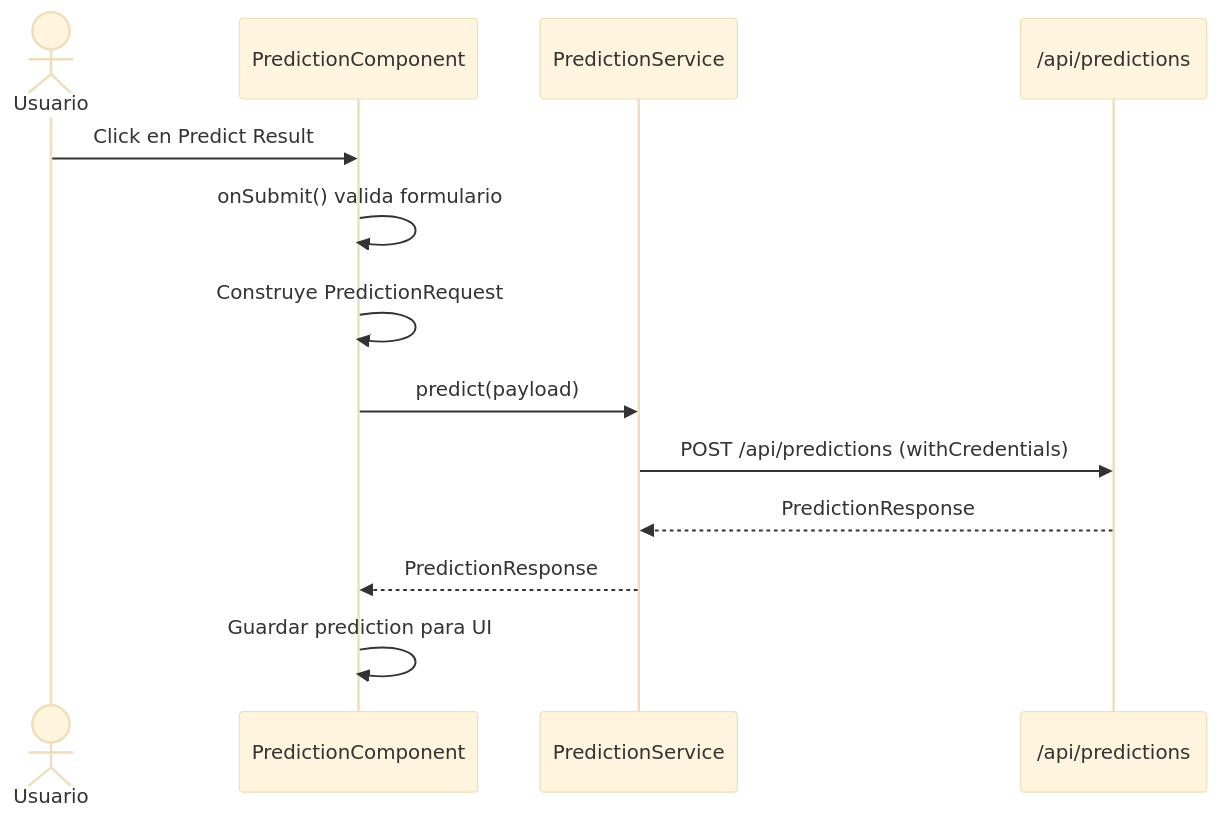
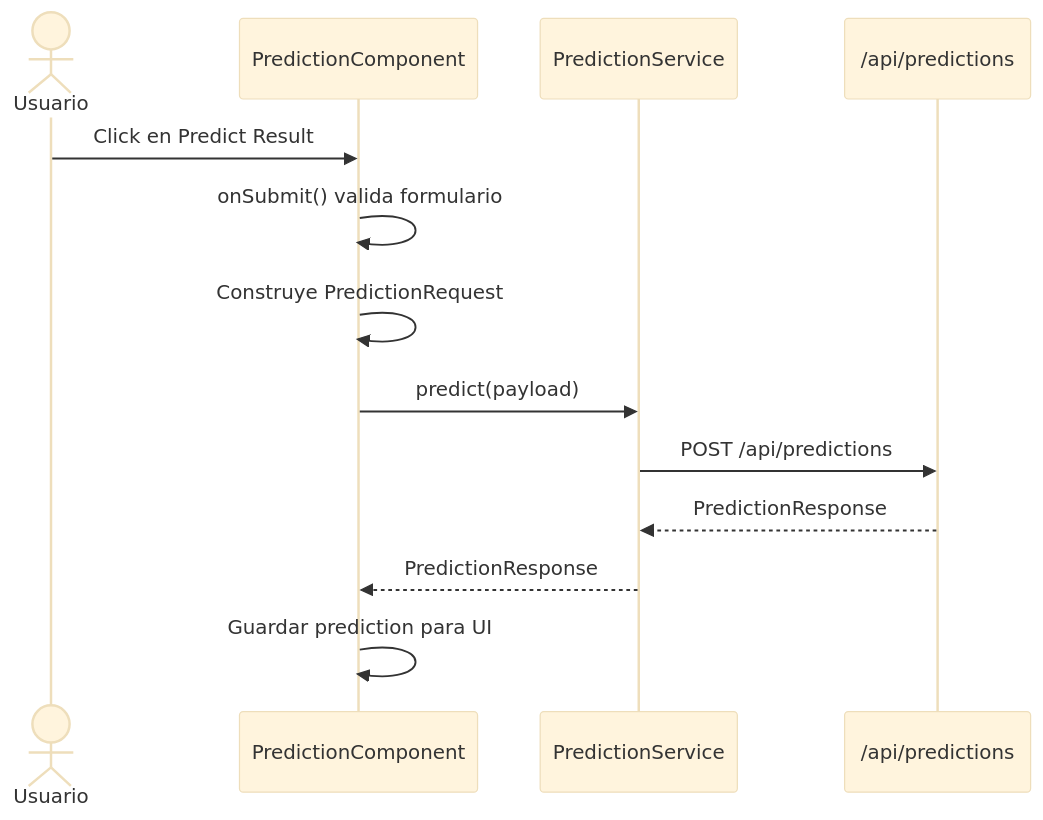
The fifth of 9 diagrams in fifa-world-cup-predictor/ARCHITECTURAL_ANALYSIS.md (augmentdevon-febe/frontend), drawn with Mermaid (base theme) before and after one commit. The commit also changed other lines of this file and 22 other files, not shown here.

````diff
--- a/fifa-world-cup-predictor/ARCHITECTURAL_ANALYSIS.md
+++ b/fifa-world-cup-predictor/ARCHITECTURAL_ANALYSIS.md
@@ -227,16 +239,16 @@
 ```mermaid
 sequenceDiagram
 	actor Usuario
 	participant Pred as PredictionComponent
 	participant Service as PredictionService
 	participant Backend as /api/predictions
 
 	Usuario->>Pred: Click en Predict Result
 	Pred->>Pred: onSubmit() valida formulario
 	Pred->>Pred: Construye PredictionRequest
 	Pred->>Service: predict(payload)
-	Service->>Backend: POST /api/predictions (withCredentials)
+	Service->>Backend: POST /api/predictions
 	Backend-->>Service: PredictionResponse
 	Service-->>Pred: PredictionResponse
 	Pred->>Pred: Guardar prediction para UI
 ```
````
